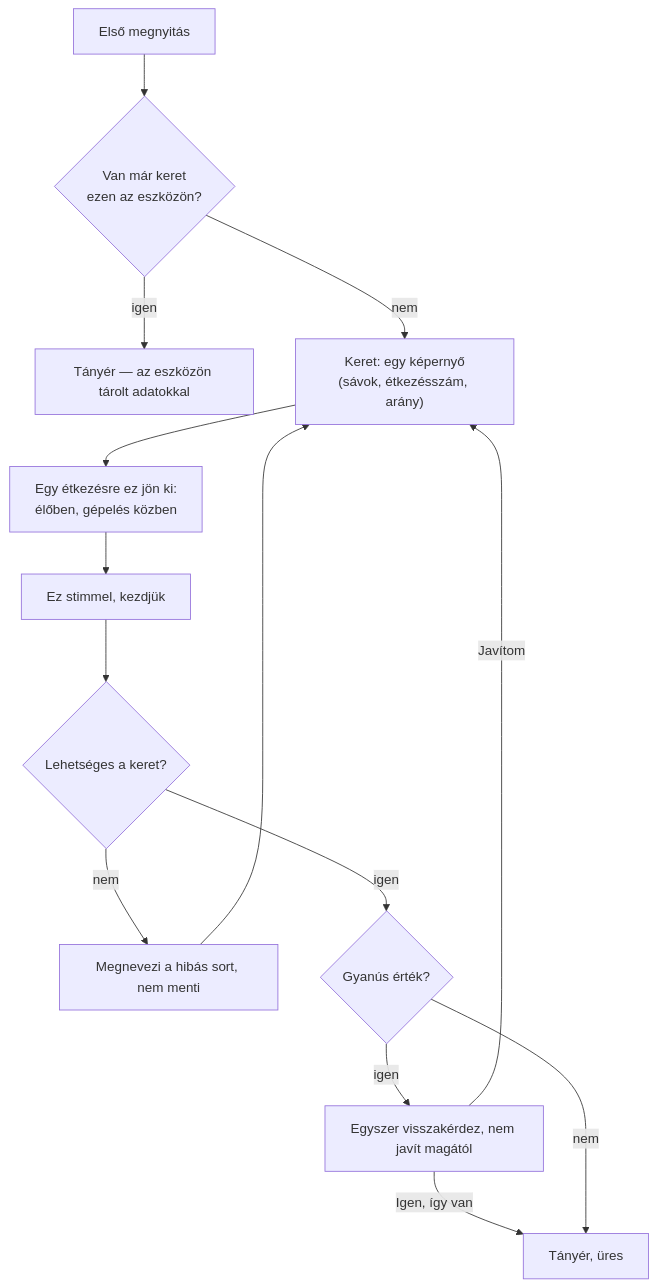
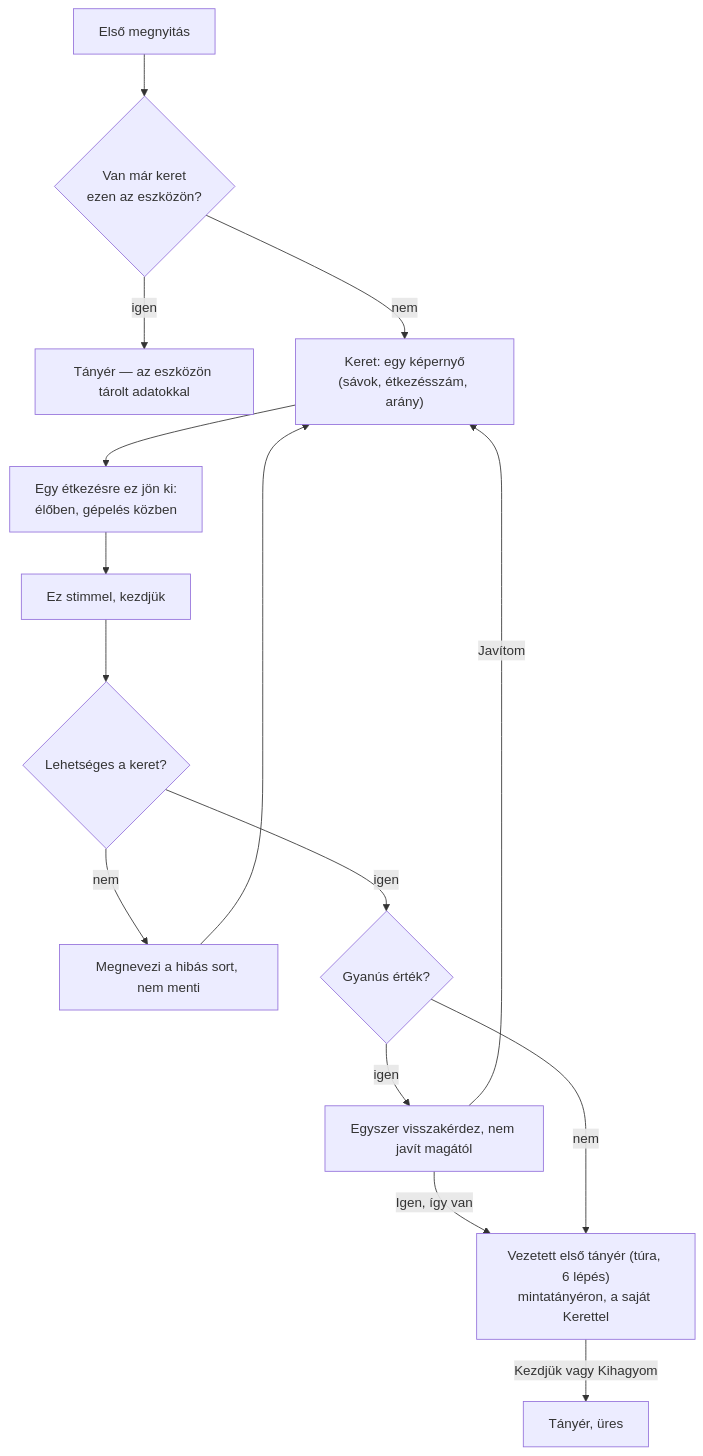
One commit to Izayata/ketara-artifacts changed the third of 3 diagrams in ketara-folyamatok-kepernyok.md. Above: the diagram before and after it, drawn with Mermaid. The commit also changed other lines of this file and 4 other files, not shown here.

````diff
--- a/ketara-folyamatok-kepernyok.md
+++ b/ketara-folyamatok-kepernyok.md
@@ -115,15 +115,17 @@
 ```mermaid
 flowchart TD
     A0[Első megnyitás] --> A6{Van már keret<br/>ezen az eszközön?}
     A6 -- igen --> J0["Tányér — az eszközön tárolt adatokkal"]
     A6 -- nem --> B["Keret: egy képernyő<br/>(sávok, étkezésszám, arány)"]
     B --> H["Egy étkezésre ez jön ki:<br/>élőben, gépelés közben"]
     H --> I["Ez stimmel, kezdjük"]
     I --> F{Lehetséges a keret?}
     F -- nem --> F2["Megnevezi a hibás sort, nem menti"] --> B
     F -- igen --> F3{Gyanús érték?}
     F3 -- igen --> G["Egyszer visszakérdez, nem javít magától"]
     G -- "Igen, így van" --> J
     G -- "Javítom" --> B
-    F3 -- nem --> J[Tányér, üres]
+    F3 -- nem --> J
+    J["Vezetett első tányér (túra, 6 lépés)<br/>mintatányéron, a saját Kerettel"]
+    J -- "Kezdjük vagy Kihagyom" --> K[Tányér, üres]
 ```
````
